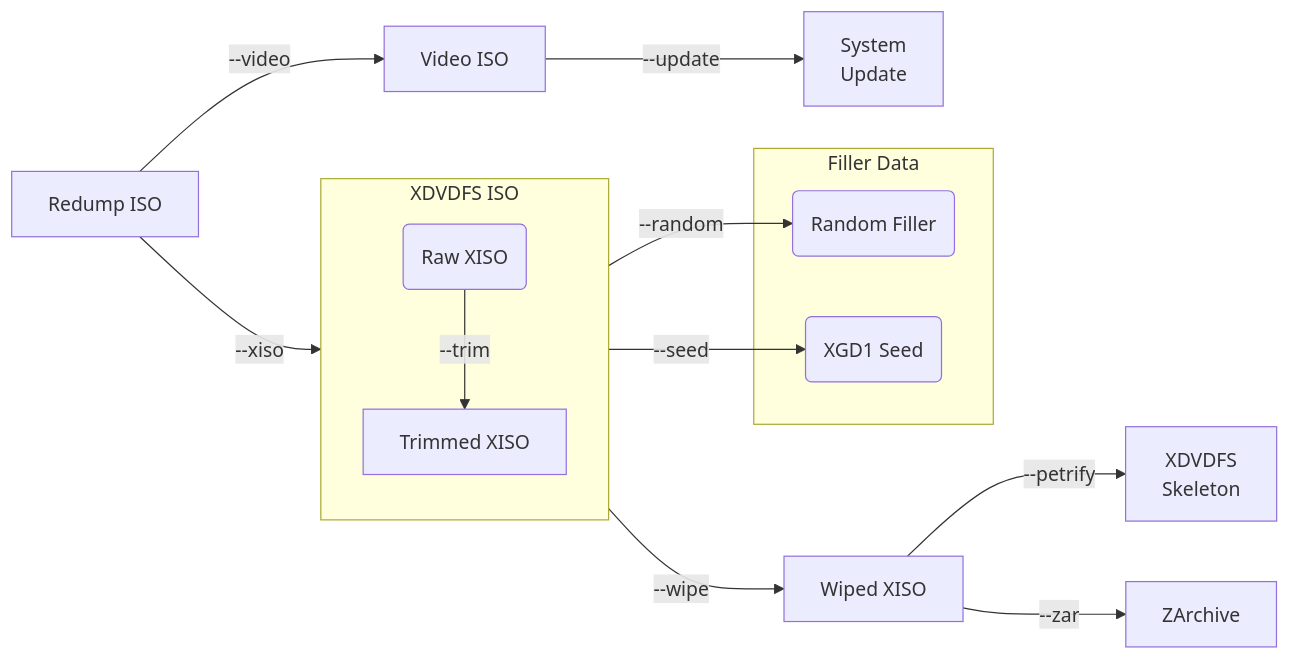
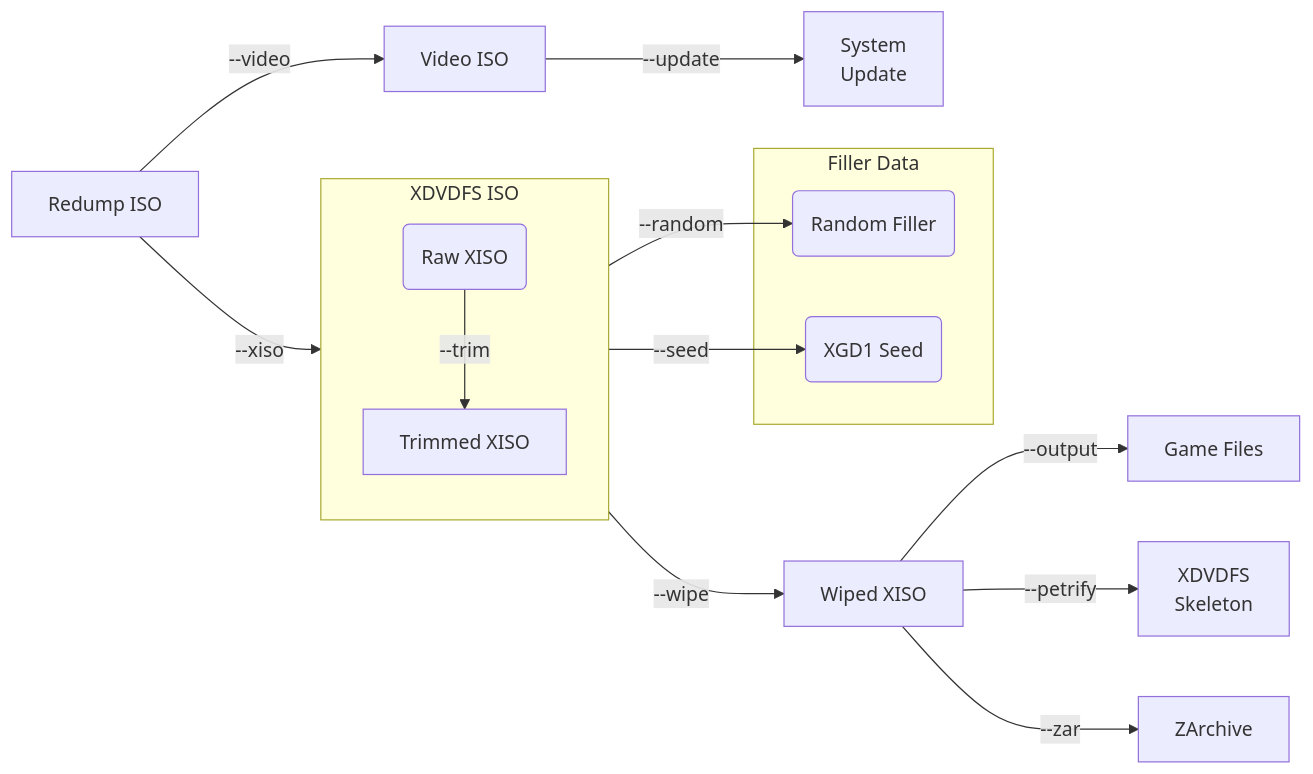
The diagram in README.md (Deterous/XboxKit), drawn with Mermaid before and after one commit. The commit also changed other lines of this file and 1 other file, not shown here.

Commit message:
Flag to output files

````diff
--- a/README.md
+++ b/README.md
@@ -5,26 +5,28 @@
 ```mermaid
 graph LR
     A[Redump ISO]
+    O[Game Files]
     P[XDVDFS\nSkeleton]
     T[Trimmed XISO]
     U[System\nUpdate]
     V[Video ISO]
     W[Wiped XISO]
     Z[ZArchive]
     subgraph X [XDVDFS ISO]
         XISO(Raw XISO)
         XISO -->|--trim| T
     end
     subgraph F [Filler Data]
         R(Random Filler)
         S(XGD1 Seed)
     end
     A -->|--video| V
     V -->|--update| U
     A -->|--xiso| X
     X -->|--random| R
     X -->|--seed| S
     X -->|--wipe| W
+    W -->|--output| O
     W -->|--petrify| P
     W -->|--zar| Z
 ```
````
